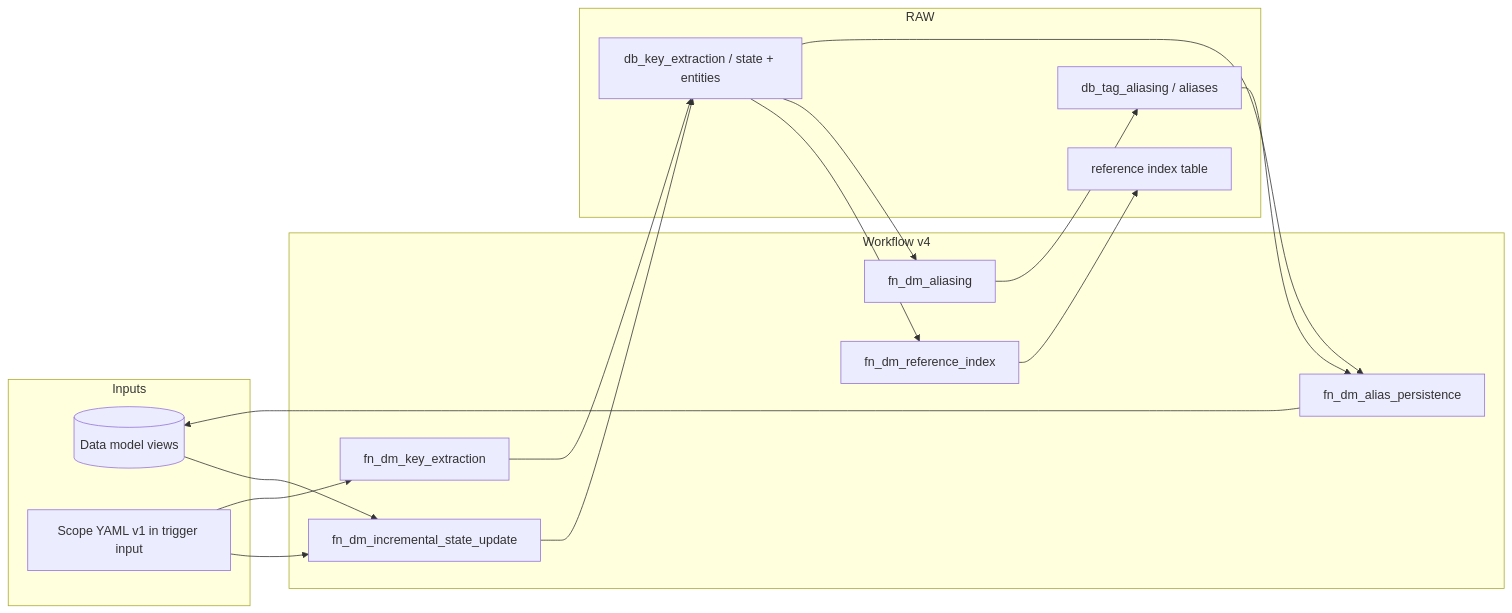
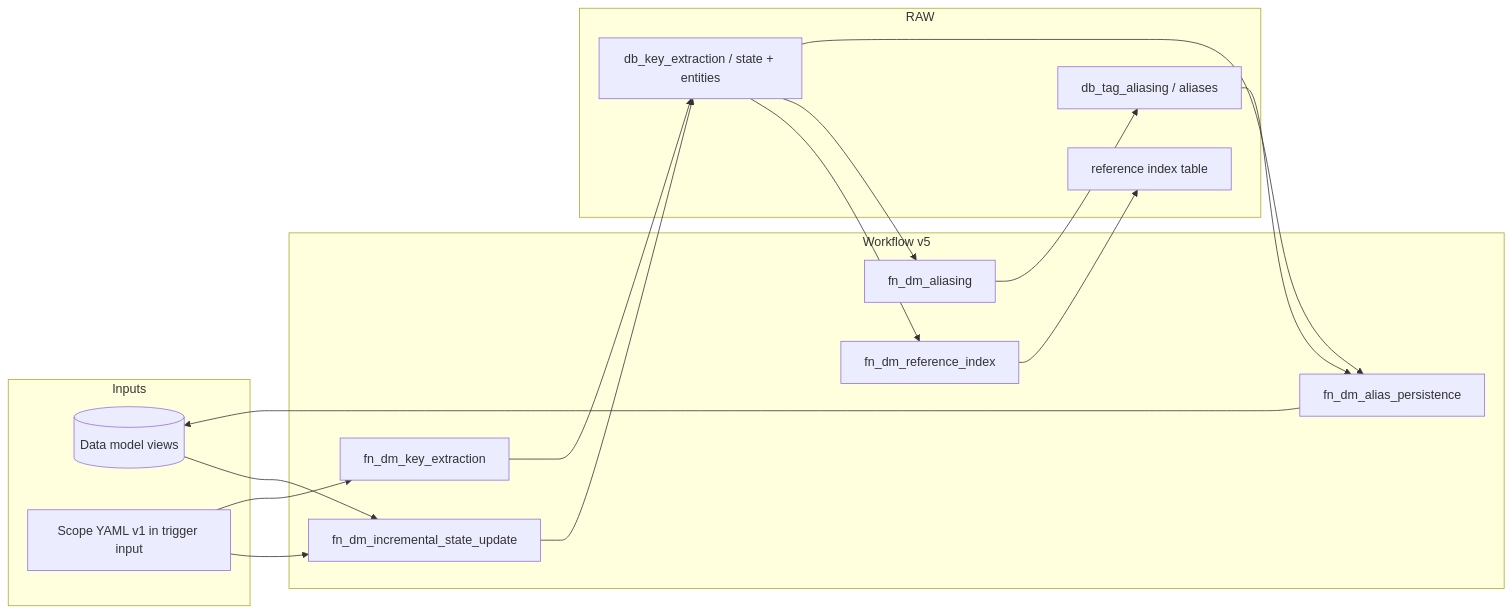
Before and after one commit to cognitedata/library: the diagram in modules/accelerators/contextualization/cdf_key_extraction_aliasing/docs/module_functional_document.md, drawn with Mermaid. The commit also changed other lines of this file and 165 other files, not shown here.

````diff
--- a/modules/accelerators/contextualization/cdf_key_extraction_aliasing/docs/module_functional_document.md
+++ b/modules/accelerators/contextualization/cdf_key_extraction_aliasing/docs/module_functional_document.md
@@ -117,34 +117,34 @@
 ```mermaid
 flowchart LR
   subgraph inputs [Inputs]
     DM[(Data model views)]
     CFG[Scope YAML v1 in trigger input]
   end
 
-  subgraph wf [Workflow v4]
+  subgraph wf [Workflow v5]
     INC[fn_dm_incremental_state_update]
     KE[fn_dm_key_extraction]
     RI[fn_dm_reference_index]
     AL[fn_dm_aliasing]
     AP[fn_dm_alias_persistence]
   end
 
   subgraph raw [RAW]
     R1[db_key_extraction / state + entities]
     R2[db_tag_aliasing / aliases]
     R3[reference index table]
   end
 
   DM --> INC
   CFG --> INC
   CFG --> KE
   INC --> R1
   KE --> R1
   R1 --> RI
   R1 --> AL
   RI --> R3
   AL --> R2
   R2 --> AP
   R1 --> AP
   AP --> DM
 ```
````
